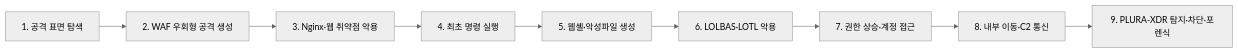
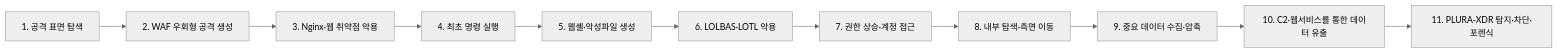
Before and after one commit to qubitsec/plura: the fourth of 5 diagrams in ko/proposal/lg/poc-full.md, drawn with Mermaid (neutral theme). The commit also changed other lines of this file, not shown here.

````diff
--- a/ko/proposal/lg/poc-full.md
+++ b/ko/proposal/lg/poc-full.md
@@ -231,14 +271,17 @@
 ```mermaid
 flowchart LR
     S1["1. 공격 표면 탐색"]
     S2["2. WAF 우회형 공격 생성"]
     S3["3. Nginx·웹 취약점 악용"]
     S4["4. 최초 명령 실행"]
     S5["5. 웹셸·악성파일 생성"]
     S6["6. LOLBAS·LOTL 악용"]
     S7["7. 권한 상승·계정 접근"]
-    S8["8. 내부 이동·C2 통신"]
-    S9["9. PLURA-XDR 탐지·차단·포렌식"]
+    S8["8. 내부 탐색·측면 이동"]
+    S9["9. 중요 데이터 수집·압축"]
+    S10["10. C2·웹서비스를 통한 데이터 유출"]
+    S11["11. PLURA-XDR 탐지·차단·포렌식"]
 
-    S1 --> S2 --> S3 --> S4 --> S5 --> S6 --> S7 --> S8 --> S9
+    S1 --> S2 --> S3 --> S4 --> S5 --> S6
+    S6 --> S7 --> S8 --> S9 --> S10 --> S11
 ```
````
